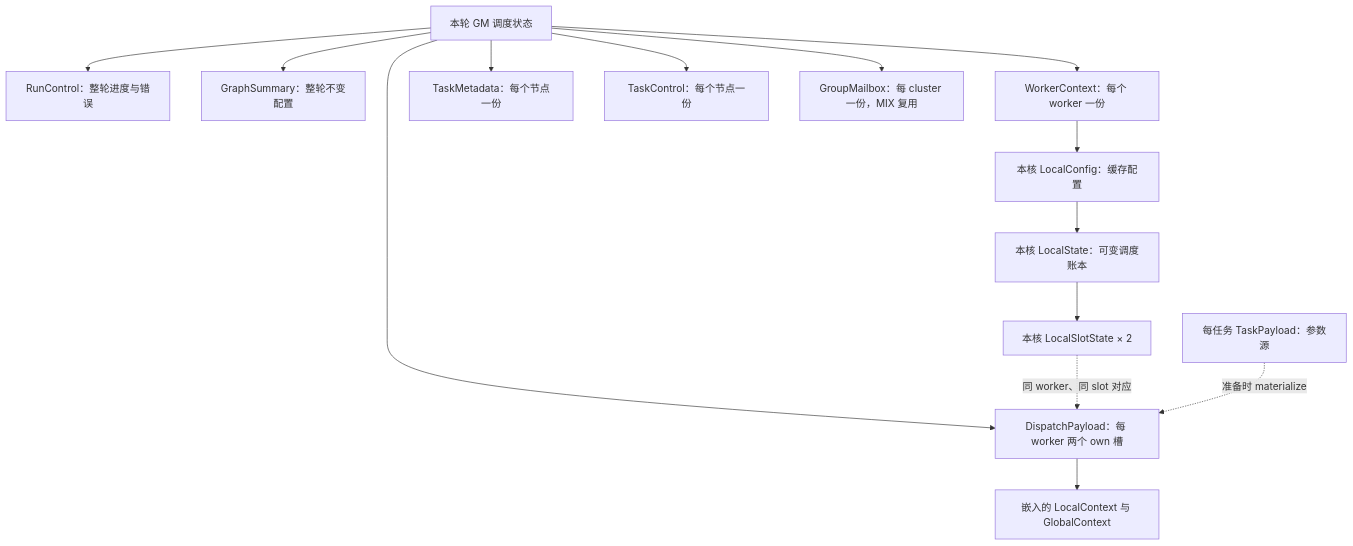
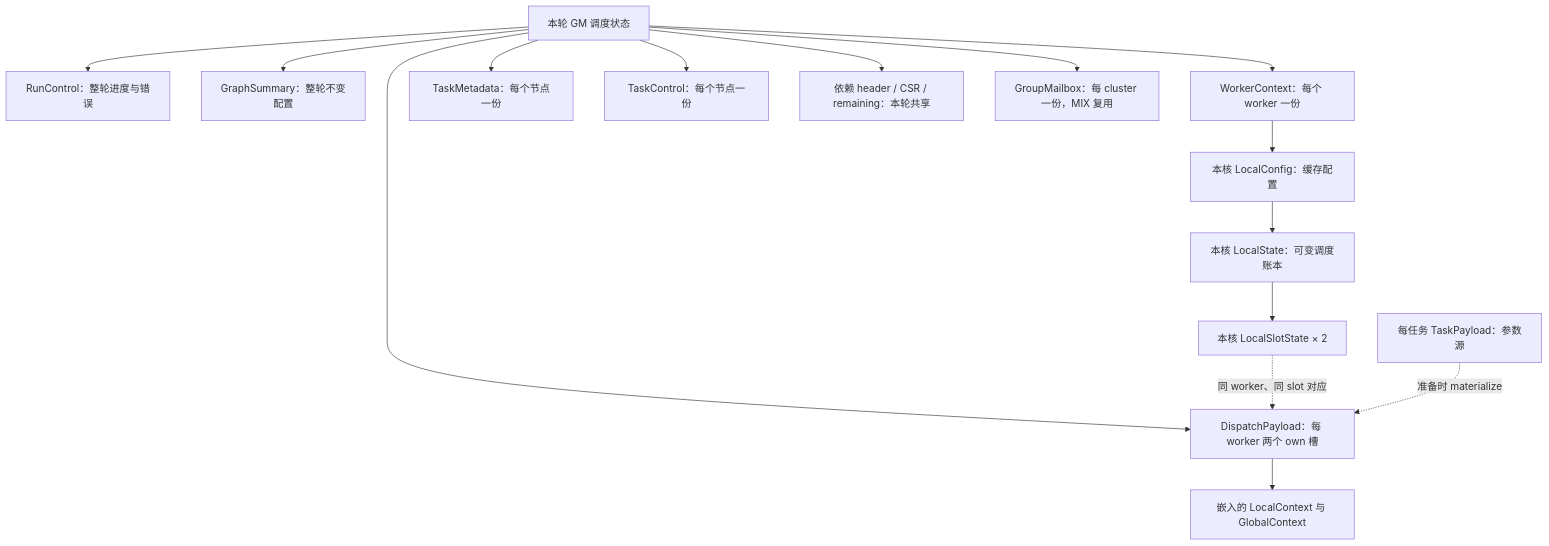
One commit to hw-native-sys/simpler changed the diagram in docs/zh-cn/a5-hbg-aicore-walkthrough/00-data-structure-scopes.md. Above: the diagram before and after it, drawn with Mermaid. The commit also changed other lines of this file and 100 other files, not shown here.

````diff
--- a/docs/zh-cn/a5-hbg-aicore-walkthrough/00-data-structure-scopes.md
+++ b/docs/zh-cn/a5-hbg-aicore-walkthrough/00-data-structure-scopes.md
@@ -19,17 +19,18 @@
 ```mermaid
 flowchart TD
     R["本轮 GM 调度状态"]
     R --> RC["RunControl：整轮进度与错误"]
     R --> GS["GraphSummary：整轮不变配置"]
     R --> WC["WorkerContext：每个 worker 一份"]
     R --> TM["TaskMetadata：每个节点一份"]
     R --> TC["TaskControl：每个节点一份"]
+    R --> DEP["依赖 header / CSR / remaining：本轮共享"]
     R --> DP["DispatchPayload：每 worker 两个 own 槽"]
     R --> MB["GroupMailbox：每 cluster 一份，MIX 复用"]
     WC --> LC["本核 LocalConfig：缓存配置"]
     LC --> LS["本核 LocalState：可变调度账本"]
     LS --> SLOT["本核 LocalSlotState × 2"]
     SLOT -. "同 worker、同 slot 对应" .-> DP
     DP --> CTX["嵌入的 LocalContext 与 GlobalContext"]
     TS["每任务 TaskPayload：参数源"] -. "准备时 materialize" .-> DP
 ```
````
